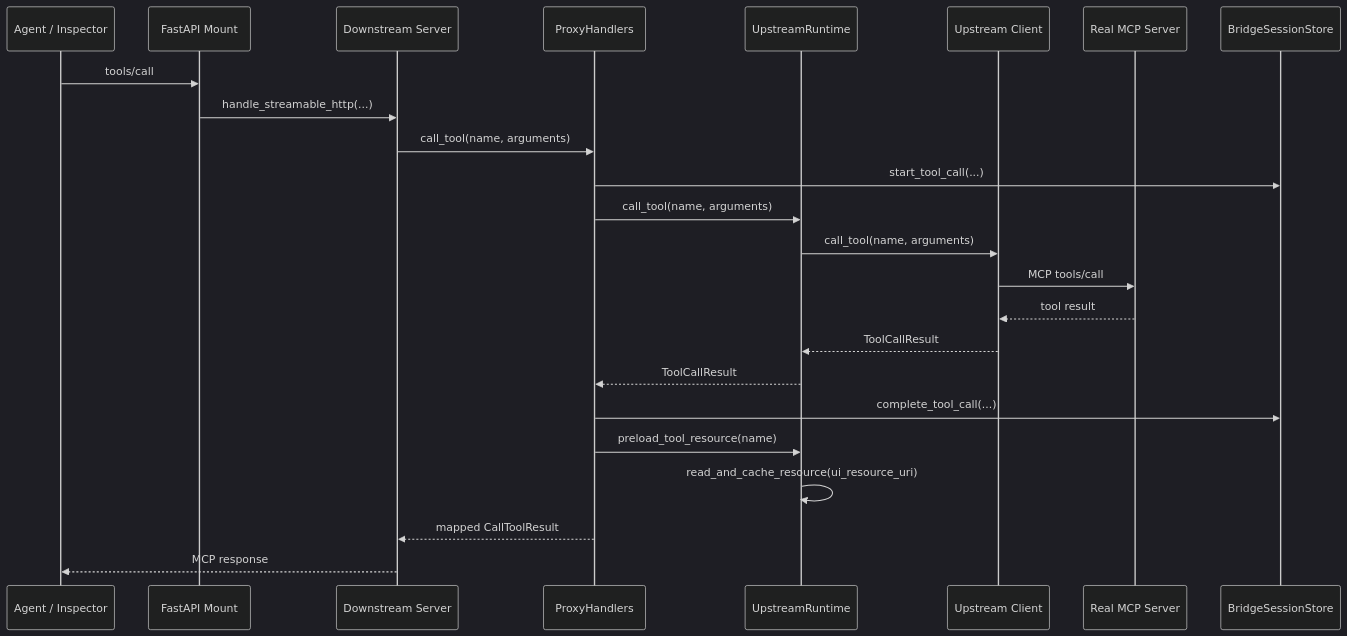
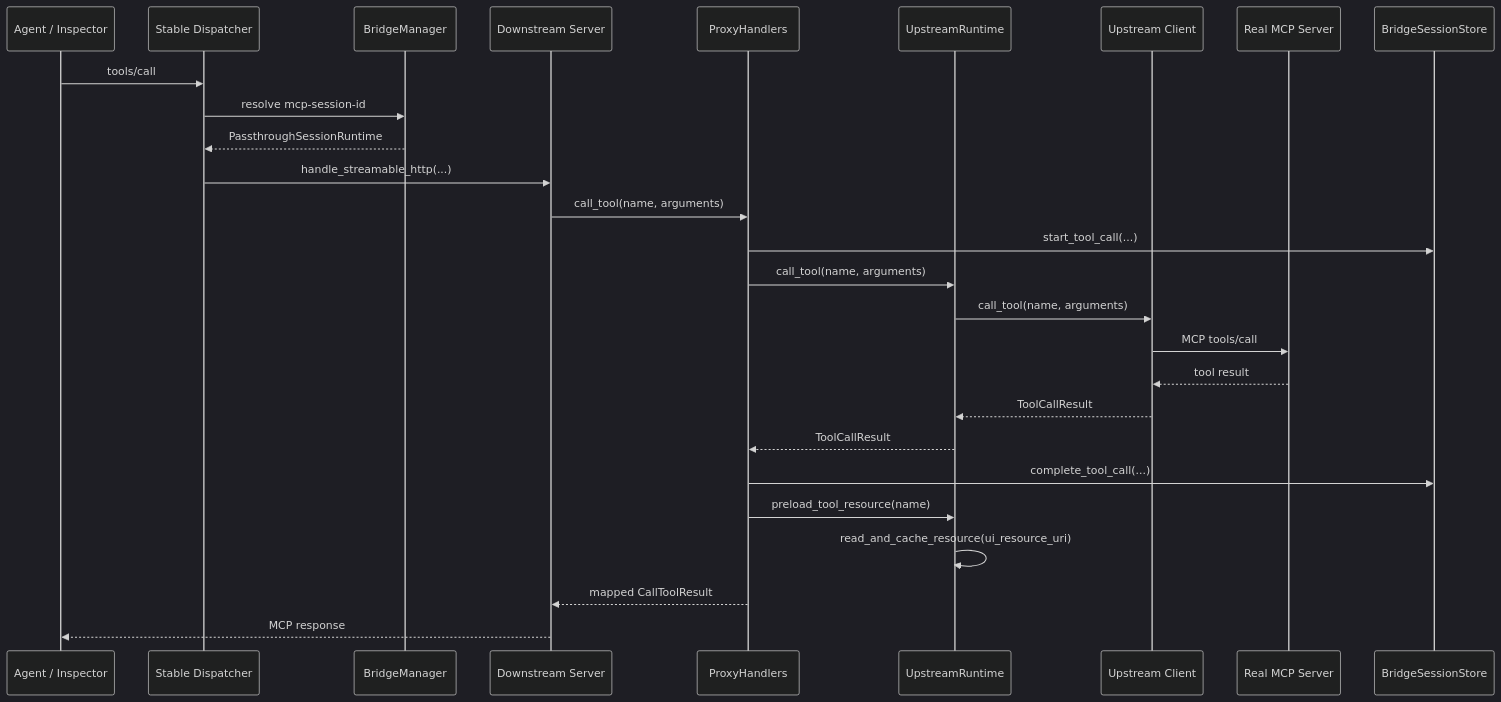
The second of 3 diagrams in docs/architecture/mcp-layer.md (JilongSun/mcpapps-bridge), drawn with Mermaid (dark theme) before and after one commit. The commit also changed other lines of this file and 8 other files, not shown here.

First line of the commit message:
feat(backend): isolate passthrough MCP sessions

````diff
--- a/docs/architecture/mcp-layer.md
+++ b/docs/architecture/mcp-layer.md
@@ -167,27 +177,30 @@
 ```mermaid
 sequenceDiagram
     participant Client as Agent / Inspector
-    participant API as FastAPI Mount
+    participant API as Stable Dispatcher
+    participant Manager as BridgeManager
     participant DS as Downstream Server
     participant H as ProxyHandlers
     participant RT as UpstreamRuntime
     participant UP as Upstream Client
     participant Real as Real MCP Server
     participant Store as BridgeSessionStore
 
     Client->>API: tools/call
+    API->>Manager: resolve mcp-session-id
+    Manager-->>API: PassthroughSessionRuntime
     API->>DS: handle_streamable_http(...)
     DS->>H: call_tool(name, arguments)
     H->>Store: start_tool_call(...)
     H->>RT: call_tool(name, arguments)
     RT->>UP: call_tool(name, arguments)
     UP->>Real: MCP tools/call
     Real-->>UP: tool result
     UP-->>RT: ToolCallResult
     RT-->>H: ToolCallResult
     H->>Store: complete_tool_call(...)
     H->>RT: preload_tool_resource(name)
     RT->>RT: read_and_cache_resource(ui_resource_uri)
     H-->>DS: mapped CallToolResult
     DS-->>Client: MCP response
 ```
````
